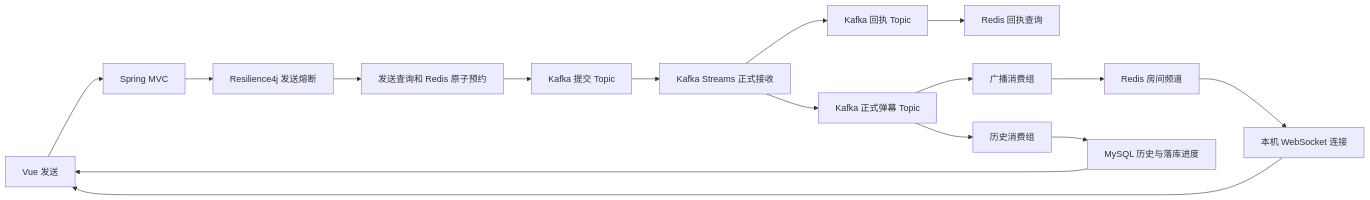
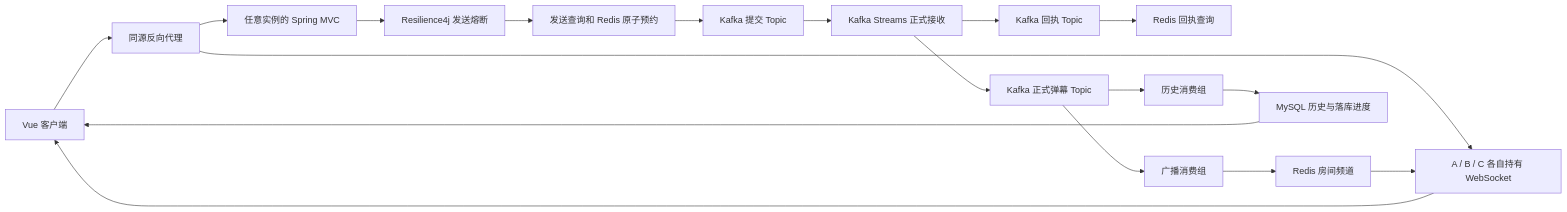
One commit to YeZibn/LiveFlow changed the diagram in docs/design/room-messages/v2/design.md. Above: the diagram before and after it, drawn with Mermaid. The commit also changed other lines of this file and 37 other files, not shown here.

````diff
--- a/docs/design/room-messages/v2/design.md
+++ b/docs/design/room-messages/v2/design.md
@@ -13,18 +13,20 @@
 ```mermaid
 flowchart LR
-    Vue["Vue 发送"] --> MVC["Spring MVC"]
+    Vue["Vue 客户端"] --> Proxy["同源反向代理"]
+    Proxy --> MVC["任意实例的 Spring MVC"]
+    Proxy --> Socket["A / B / C 各自持有 WebSocket"]
     MVC --> Breaker["Resilience4j 发送熔断"]
     Breaker --> Lookup["发送查询和 Redis 原子预约"]
     Lookup --> Input["Kafka 提交 Topic"]
     Input --> Streams["Kafka Streams 正式接收"]
     Streams --> Events["Kafka 正式弹幕 Topic"]
     Streams --> Outcomes["Kafka 回执 Topic"]
     Outcomes --> Receipts["Redis 回执查询"]
     Events --> Relay["广播消费组"]
     Relay --> Channel["Redis 房间频道"]
-    Channel --> Socket["本机 WebSocket 连接"]
+    Channel --> Socket
     Socket --> Vue
     Events --> History["历史消费组"]
     History --> Database["MySQL 历史与落库进度"]
     Database --> Vue
 ```
````
